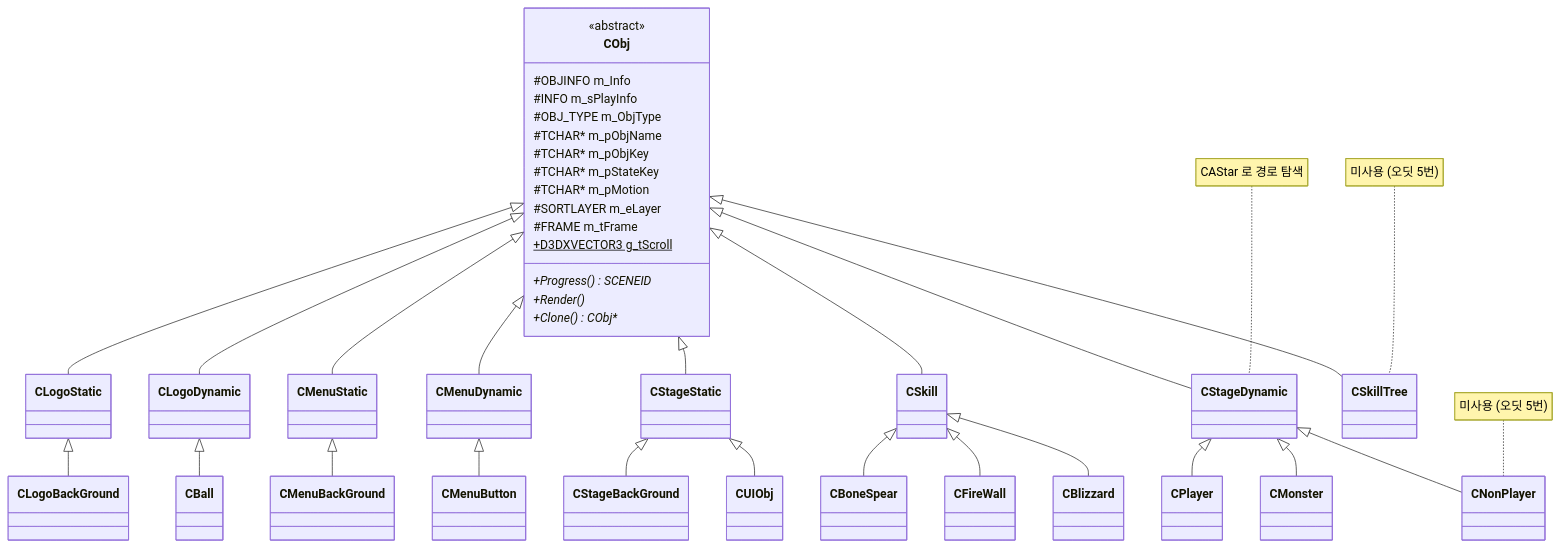
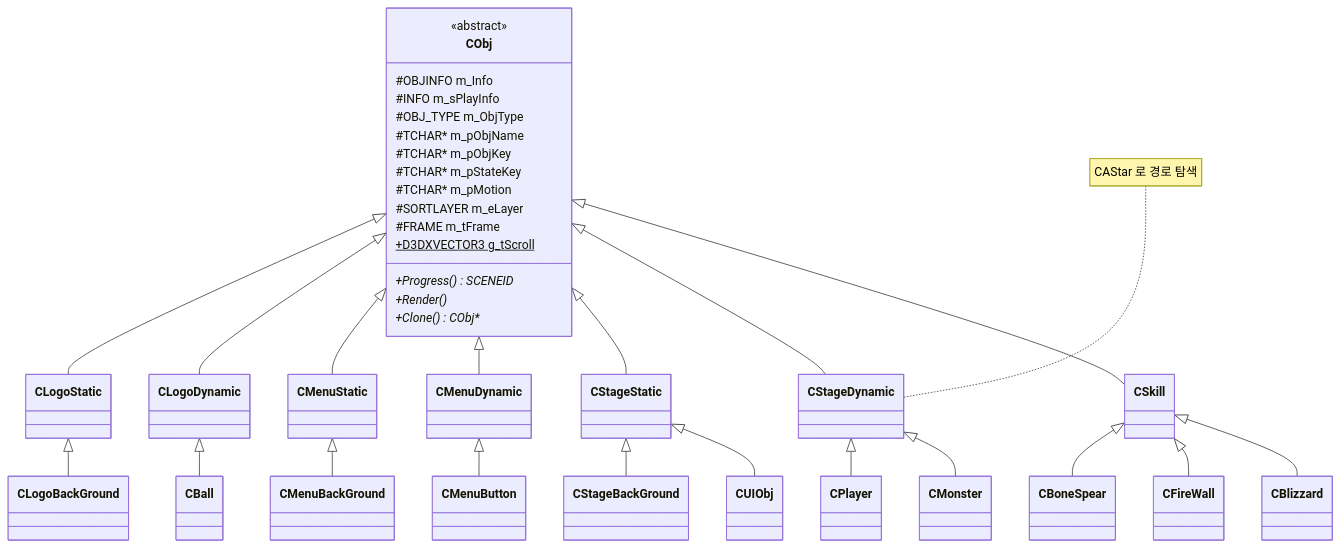
Before and after one commit to Ryujaehyeon/Portfolio: the sixth of 10 diagrams in docs/ARCHITECTURE.md, drawn with Mermaid. The commit also changed other lines of this file and 3 other files, not shown here.

````diff
--- a/docs/ARCHITECTURE.md
+++ b/docs/ARCHITECTURE.md
@@ -196,45 +184,41 @@
 ```mermaid
 classDiagram
     direction TB
     class CObj {
         <<abstract>>
         #OBJINFO m_Info
         #INFO m_sPlayInfo
         #OBJ_TYPE m_ObjType
         #TCHAR* m_pObjName
         #TCHAR* m_pObjKey
         #TCHAR* m_pStateKey
         #TCHAR* m_pMotion
         #SORTLAYER m_eLayer
         #FRAME m_tFrame
         +D3DXVECTOR3 g_tScroll$
         +Progress()* SCENEID
         +Render()*
         +Clone()* CObj*
     }
     CObj <|-- CLogoStatic
     CObj <|-- CLogoDynamic
     CObj <|-- CMenuStatic
     CObj <|-- CMenuDynamic
     CObj <|-- CStageStatic
     CObj <|-- CStageDynamic
     CObj <|-- CSkill
-    CObj <|-- CSkillTree
 
     CLogoStatic <|-- CLogoBackGround
     CLogoDynamic <|-- CBall
     CMenuStatic <|-- CMenuBackGround
     CMenuDynamic <|-- CMenuButton
     CStageStatic <|-- CStageBackGround
     CStageStatic <|-- CUIObj
     CStageDynamic <|-- CPlayer
     CStageDynamic <|-- CMonster
-    CStageDynamic <|-- CNonPlayer
     CSkill <|-- CBoneSpear
     CSkill <|-- CFireWall
     CSkill <|-- CBlizzard
 
     note for CStageDynamic "CAStar 로 경로 탐색"
-    note for CSkillTree "미사용 (오딧 5번)"
-    note for CNonPlayer "미사용 (오딧 5번)"
 ```
````
